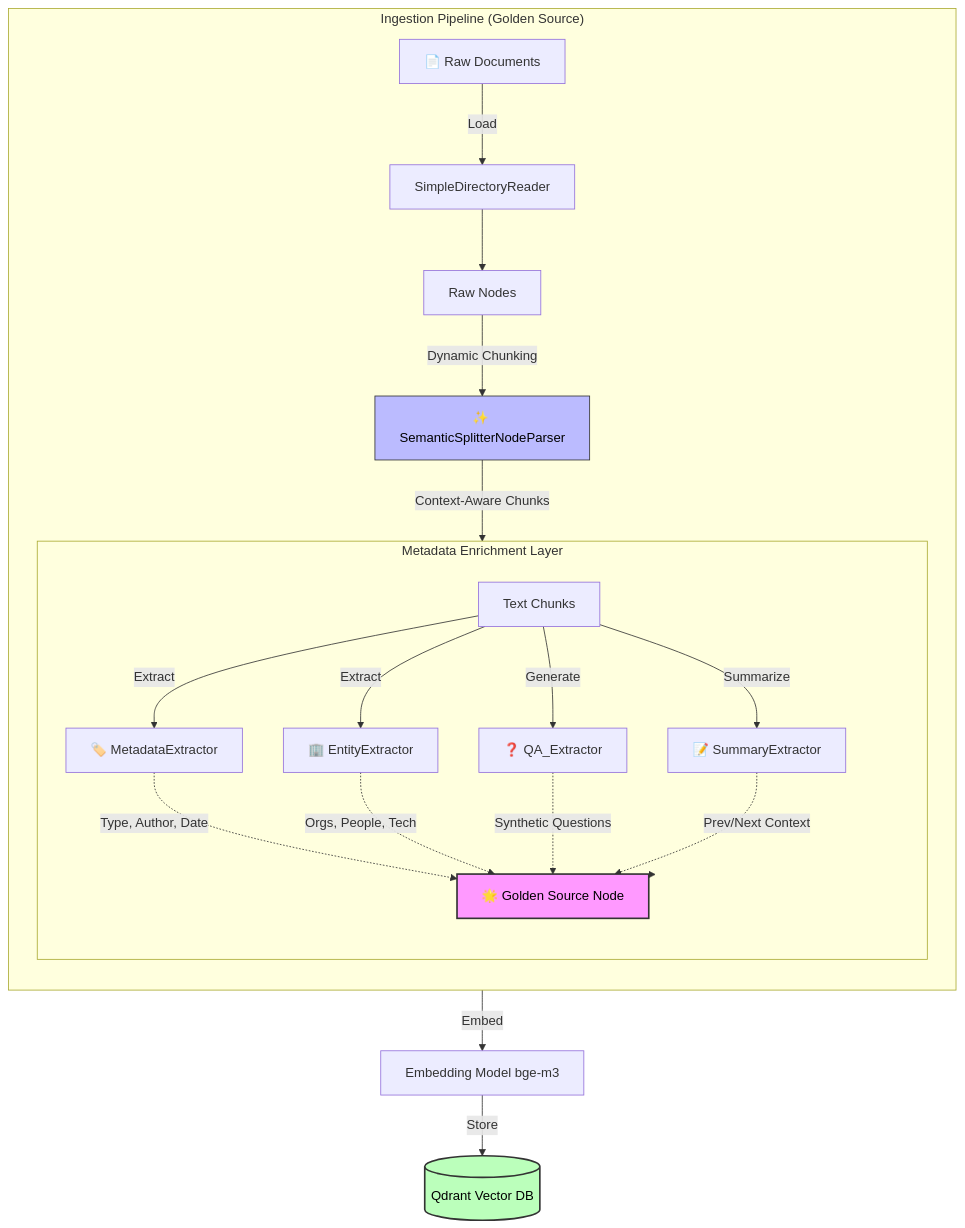
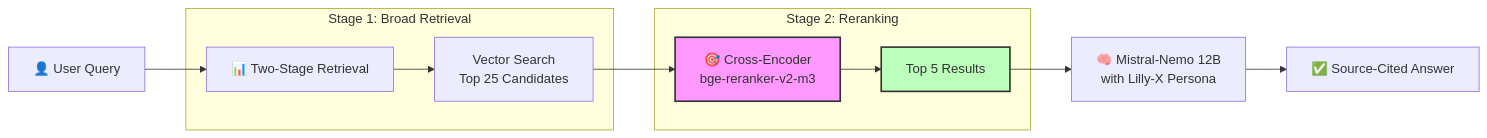
The diagram in README.md (UrbanElephant/Lilly-X), drawn with Mermaid before and after one commit. The commit also changed other lines of this file and 6 other files, not shown here.

````diff
--- a/README.md
+++ b/README.md
@@ -16,33 +49,19 @@
 ```mermaid
-flowchart TD
-    subgraph Ingestion ["Ingestion Pipeline (Golden Source)"]
-        direction TB
-        Docs[📄 Raw Documents] -->|Load| Reader[SimpleDirectoryReader]
-        Reader --> Nodes[Raw Nodes]
-
-        Nodes -->|Dynamic Chunking| Splitter[✨ SemanticSplitterNodeParser]
-        Splitter -->|Context-Aware Chunks| Chunks[Text Chunks]
-
-        subgraph Enrichment ["Metadata Enrichment Layer"]
-            direction TB
-            Chunks -->|Extract| Meta[🏷️ MetadataExtractor]
-            Chunks -->|Extract| Ent[🏢 EntityExtractor]
-            Chunks -->|Generate| QA[❓ QA_Extractor]
-            Chunks -->|Summarize| Sum[📝 SummaryExtractor]
-
-            Meta -.->|Type, Author, Date| GoldenNode
-            Ent -.->|Orgs, People, Tech| GoldenNode
-            QA -.->|Synthetic Questions| GoldenNode
-            Sum -.->|Prev/Next Context| GoldenNode
-        end
-
-        Enrichment --> GoldenNode[🌟 Golden Source Node]
+flowchart LR
+    User[👤 User Query] --> Retrieval[📊 Two-Stage Retrieval]
+    
+    subgraph Stage1 [Stage 1: Broad Retrieval]
+        Retrieval --> Vector[Vector Search<br/>Top 25 Candidates]
     end
-
-    GoldenNode -->|Embed| BGE[Embedding Model bge-m3]
-    BGE -->|Store| Qdrant[(Qdrant Vector DB)]
-
-    style GoldenNode fill:#f9f,stroke:#333,stroke-width:2px,color:black
-    style Splitter fill:#bbf,stroke:#333,stroke-width:1px,color:black
-    style Qdrant fill:#bfb,stroke:#333,stroke-width:2px,color:black
+    
+    subgraph Stage2 [Stage 2: Reranking]
+        Vector --> Rerank[🎯 Cross-Encoder<br/>bge-reranker-v2-m3]
+        Rerank --> Top5[Top 5 Results]
+    end
+    
+    Top5 --> LLM[🧠 Mistral-Nemo 12B<br/>with Lilly-X Persona]
+    LLM --> Response[✅ Source-Cited Answer]
+    
+    style Rerank fill:#f9f,stroke:#333,stroke-width:2px
+    style Top5 fill:#bfb,stroke:#333,stroke-width:2px
 ```
````
